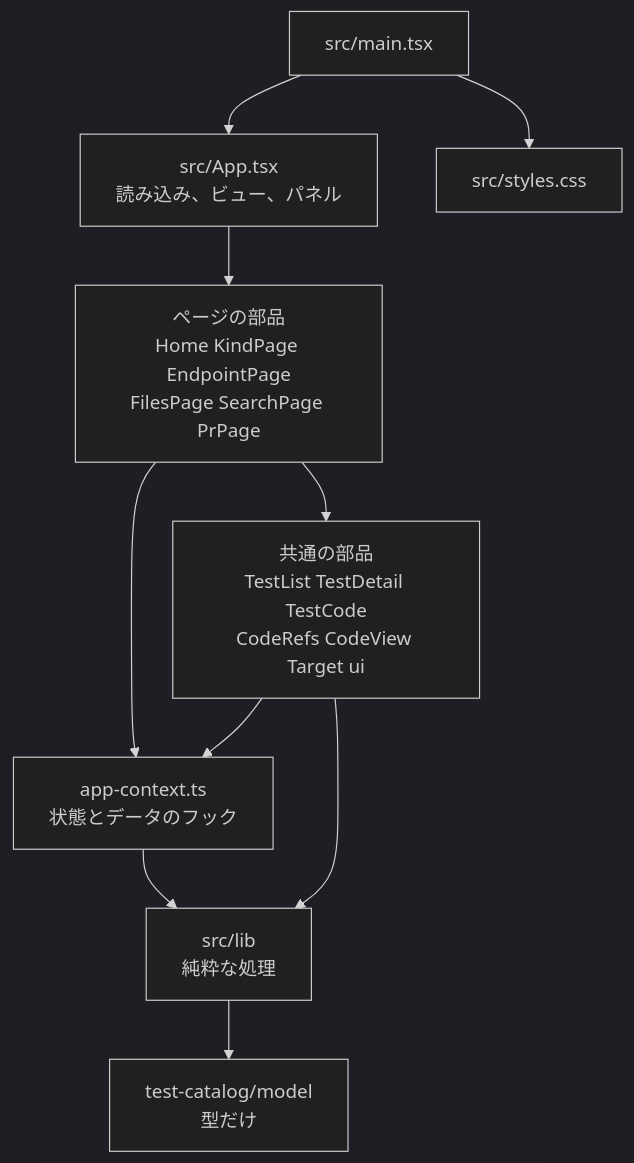
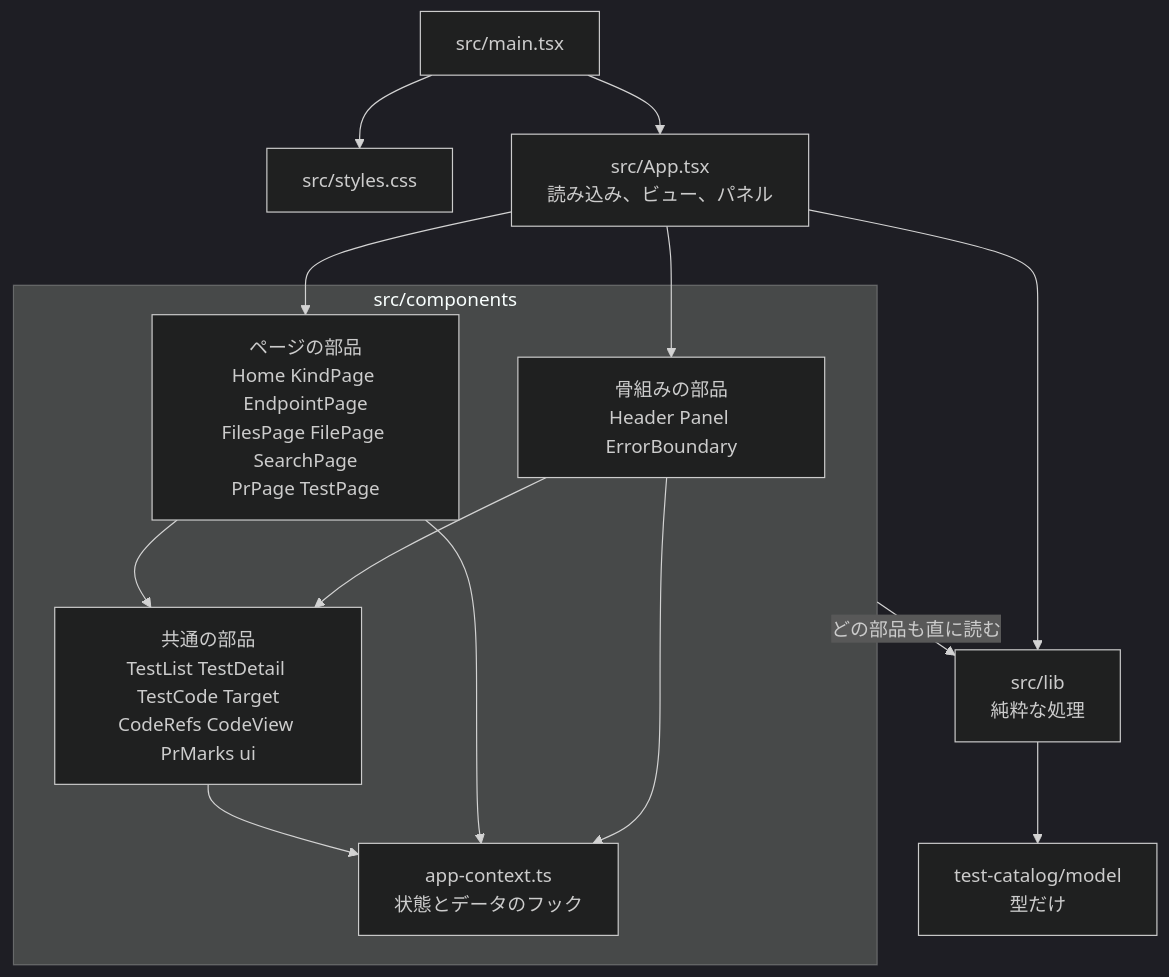
One commit to maronnjapan/maronn-openid-connect changed the fourth of 42 diagrams in apps/tests/docs/06-viewer.md. Above: the diagram before and after it, drawn with Mermaid (dark theme). The commit also changed other lines of this file and 11 other files, not shown here.

````diff
--- a/apps/tests/docs/06-viewer.md
+++ b/apps/tests/docs/06-viewer.md
@@ -156,19 +207,26 @@
 ```mermaid
 flowchart TB
   MAIN["src/main.tsx"]
+  CSS["src/styles.css"]
   APP["src/App.tsx<br/>読み込み、ビュー、パネル"]
-  PAGE["ページの部品<br/>Home KindPage EndpointPage<br/>FilesPage SearchPage PrPage"]
-  PART["共通の部品<br/>TestList TestDetail TestCode<br/>CodeRefs CodeView Target ui"]
-  CTX["app-context.ts<br/>状態とデータのフック"]
+  subgraph UI["src/components"]
+    SHELL["骨組みの部品<br/>Header Panel ErrorBoundary"]
+    PAGE["ページの部品<br/>Home KindPage EndpointPage<br/>FilesPage FilePage SearchPage<br/>PrPage TestPage"]
+    PART["共通の部品<br/>TestList TestDetail TestCode Target<br/>CodeRefs CodeView PrMarks ui"]
+    CTX["app-context.ts<br/>状態とデータのフック"]
+  end
   LIB["src/lib<br/>純粋な処理"]
   MODEL["test-catalog/model<br/>型だけ"]
-  CSS["src/styles.css"]
   MAIN --> APP
   MAIN --> CSS
-  APP --> PAGE --> PART
+  APP --> SHELL
+  APP --> PAGE
+  SHELL --> PART
+  PAGE --> PART
+  SHELL --> CTX
   PAGE --> CTX
   PART --> CTX
-  CTX --> LIB
-  PART --> LIB
+  APP --> LIB
+  UI -->|"どの部品も直に読む"| LIB
   LIB --> MODEL
 ```
````
